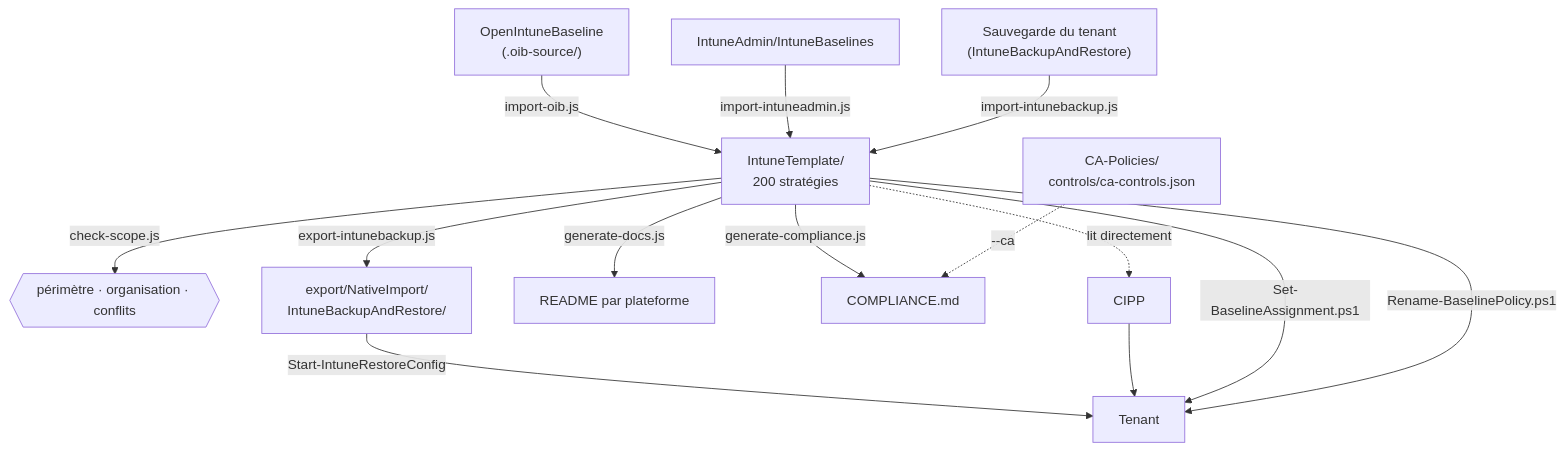
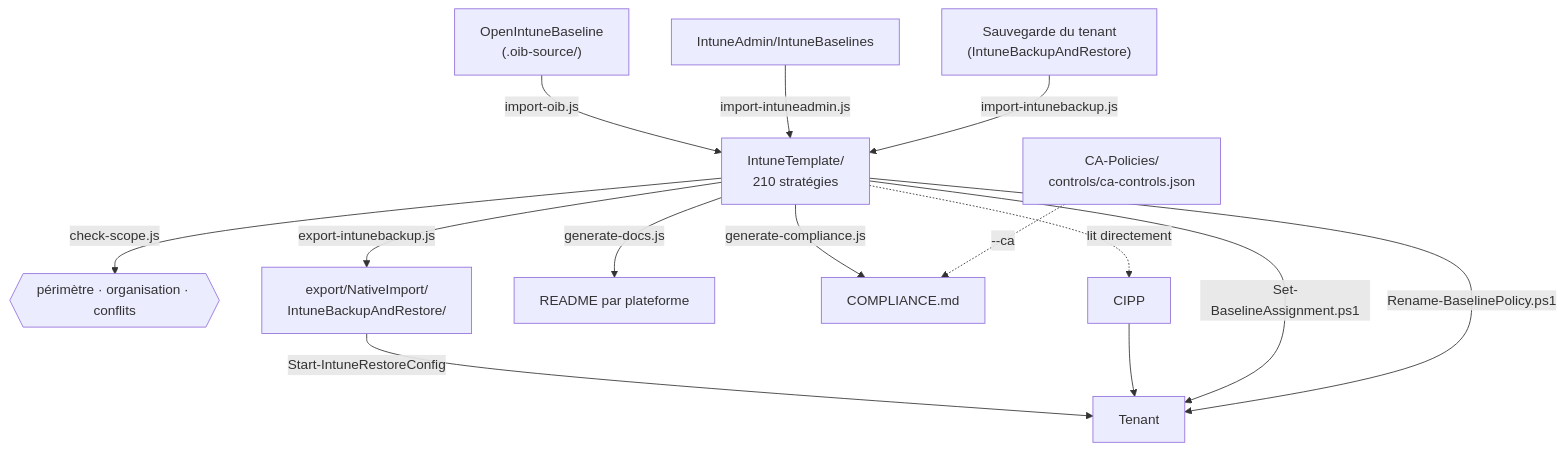
Before and after one commit to sjkanon/IntuneBackup: the diagram in scripts/README.fr.md, drawn with Mermaid. The commit also changed 47 other files, not shown here.

````diff
--- a/scripts/README.fr.md
+++ b/scripts/README.fr.md
@@ -9,17 +9,17 @@
 ```mermaid
 flowchart TD
   OIB["OpenIntuneBaseline<br/>(.oib-source/)"] -->|import-oib.js| T
   IA["IntuneAdmin/IntuneBaselines"] -->|import-intuneadmin.js| T
   TEN["Sauvegarde du tenant<br/>(IntuneBackupAndRestore)"] -->|import-intunebackup.js| T
-  T["IntuneTemplate/<br/>200 stratégies"]
+  T["IntuneTemplate/<br/>210 stratégies"]
   T -->|check-scope.js| CHK{{"périmètre · organisation · conflits"}}
   T -->|export-intunebackup.js| EX["export/NativeImport/<br/>IntuneBackupAndRestore/"]
   T -->|generate-docs.js| DOC["README par plateforme"]
   T -->|generate-compliance.js| CMP["COMPLIANCE.md"]
   CA["CA-Policies/<br/>controls/ca-controls.json"] -.->|--ca| CMP
   T -.->|lit directement| CIPP["CIPP"]
   EX -->|Start-IntuneRestoreConfig| TENANT["Tenant"]
   CIPP --> TENANT
   T -->|Set-BaselineAssignment.ps1| TENANT
   T -->|Rename-BaselinePolicy.ps1| TENANT
 ```
````
